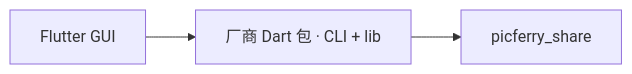
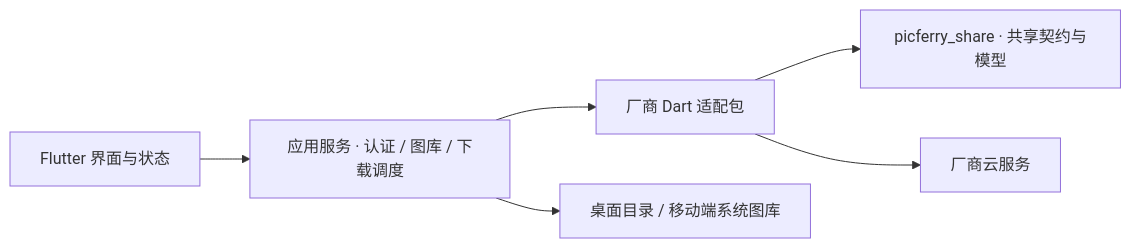
One commit to picferry/picferry-website changed the diagram in src/content/docs/architecture.md. Above: the diagram before and after it, drawn with Mermaid. The commit also changed other lines of this file and 44 other files, not shown here.

````diff
--- a/src/content/docs/architecture.md
+++ b/src/content/docs/architecture.md
@@ -8,9 +8,15 @@
 ```mermaid
 flowchart LR
-    GUI["Flutter GUI"]
-    VENDORS["厂商 Dart 包 · CLI + lib"]
-    CORE["picferry_share"]
+    GUI["Flutter 界面与状态"]
+    APP["应用服务 · 认证 / 图库 / 下载调度"]
+    VENDORS["厂商 Dart 适配包"]
+    CORE["picferry_share · 共享契约与模型"]
+    CLOUD["厂商云服务"]
+    STORAGE["桌面目录 / 移动端系统图库"]
 
-    GUI --> VENDORS
+    GUI --> APP
+    APP --> VENDORS
     VENDORS --> CORE
+    VENDORS --> CLOUD
+    APP --> STORAGE
 ```
````
